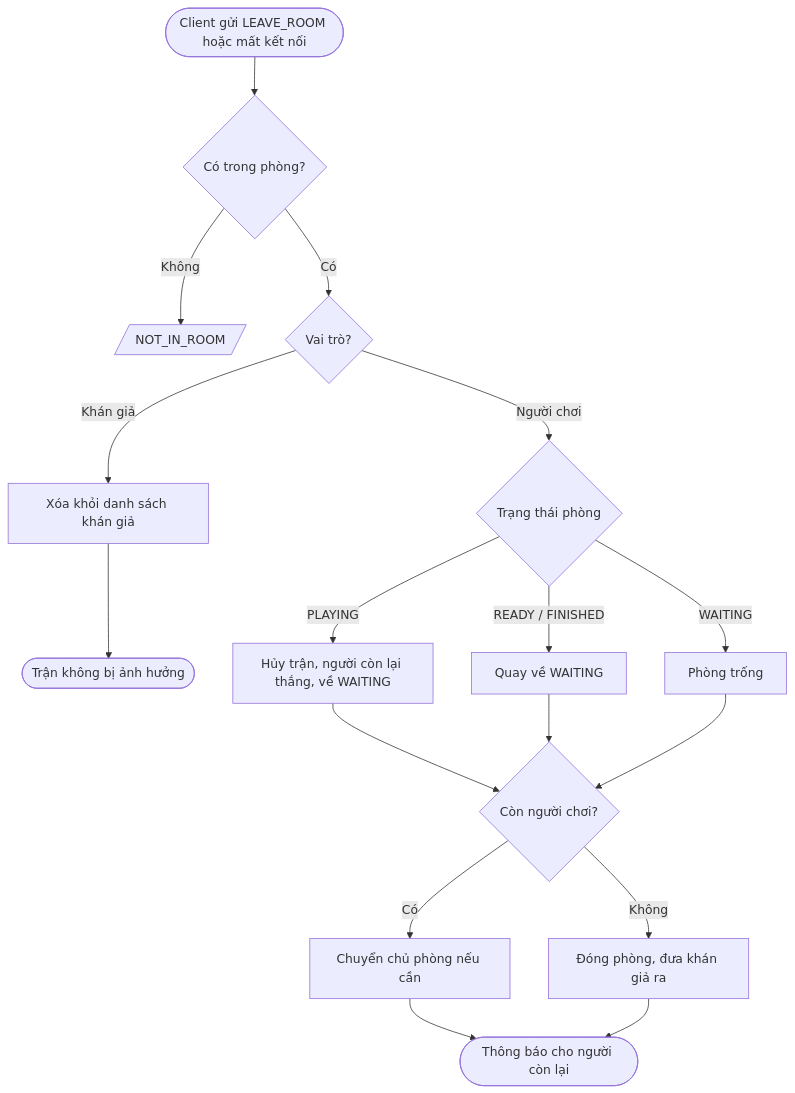
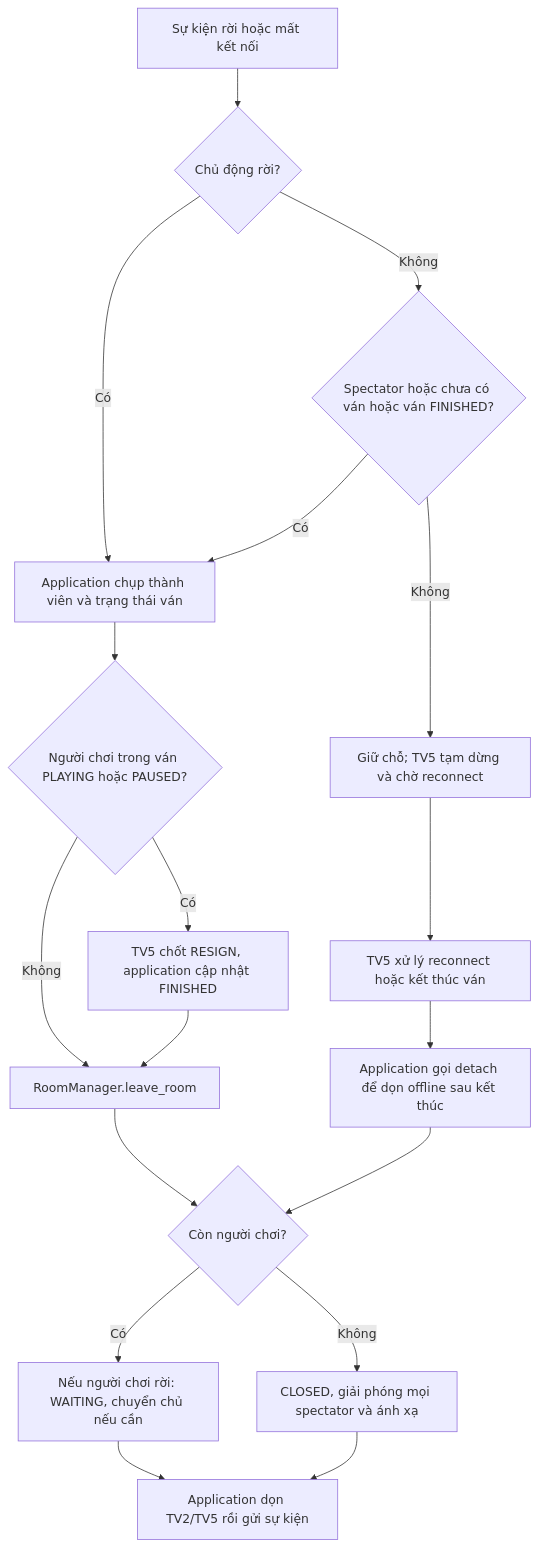
The third of 4 diagrams in DOCX/Design/room_match_analysis.md (younglilbon/NET_262701303_03-UDM_16), drawn with Mermaid before and after one commit. The commit also changed other lines of this file and 3 other files, not shown here.

````diff
--- a/DOCX/Design/room_match_analysis.md
+++ b/DOCX/Design/room_match_analysis.md
@@ -123,19 +91,20 @@
 ```mermaid
 flowchart TD
-    A([Client gửi LEAVE_ROOM hoặc mất kết nối]) --> B{Có trong phòng?}
-    B -- Không --> E1[/NOT_IN_ROOM/]
-    B -- Có --> C{Vai trò?}
-    C -- Khán giả --> D[Xóa khỏi danh sách khán giả]
-    D --> Z([Trận không bị ảnh hưởng])
-    C -- Người chơi --> F{Trạng thái phòng}
-    F -- PLAYING --> G[Hủy trận, người còn lại thắng, về WAITING]
-    F -- READY / FINISHED --> H[Quay về WAITING]
-    F -- WAITING --> I[Phòng trống]
-    G --> J{Còn người chơi?}
-    H --> J
+    A[Sự kiện rời hoặc mất kết nối] --> B{Chủ động rời?}
+    B -- Có --> C[Application chụp thành viên và trạng thái ván]
+    C --> D{Người chơi trong ván PLAYING hoặc PAUSED?}
+    D -- Có --> E[TV5 chốt RESIGN, application cập nhật FINISHED]
+    D -- Không --> F[RoomManager.leave_room]
+    E --> F
+    F --> G{Còn người chơi?}
+    G -- Có --> H[Nếu người chơi rời: WAITING, chuyển chủ nếu cần]
+    G -- Không --> I[CLOSED, giải phóng mọi spectator và ánh xạ]
+    H --> J[Application dọn TV2/TV5 rồi gửi sự kiện]
     I --> J
-    J -- Có --> K[Chuyển chủ phòng nếu cần]
-    J -- Không --> L[Đóng phòng, đưa khán giả ra]
-    K --> M([Thông báo cho người còn lại])
-    L --> M
+    B -- Không --> K{Spectator hoặc chưa có ván hoặc ván FINISHED?}
+    K -- Có --> C
+    K -- Không --> L[Giữ chỗ; TV5 tạm dừng và chờ reconnect]
+    L --> M[TV5 xử lý reconnect hoặc kết thúc ván]
+    M --> N[Application gọi detach để dọn offline sau kết thúc]
+    N --> G
 ```
````
